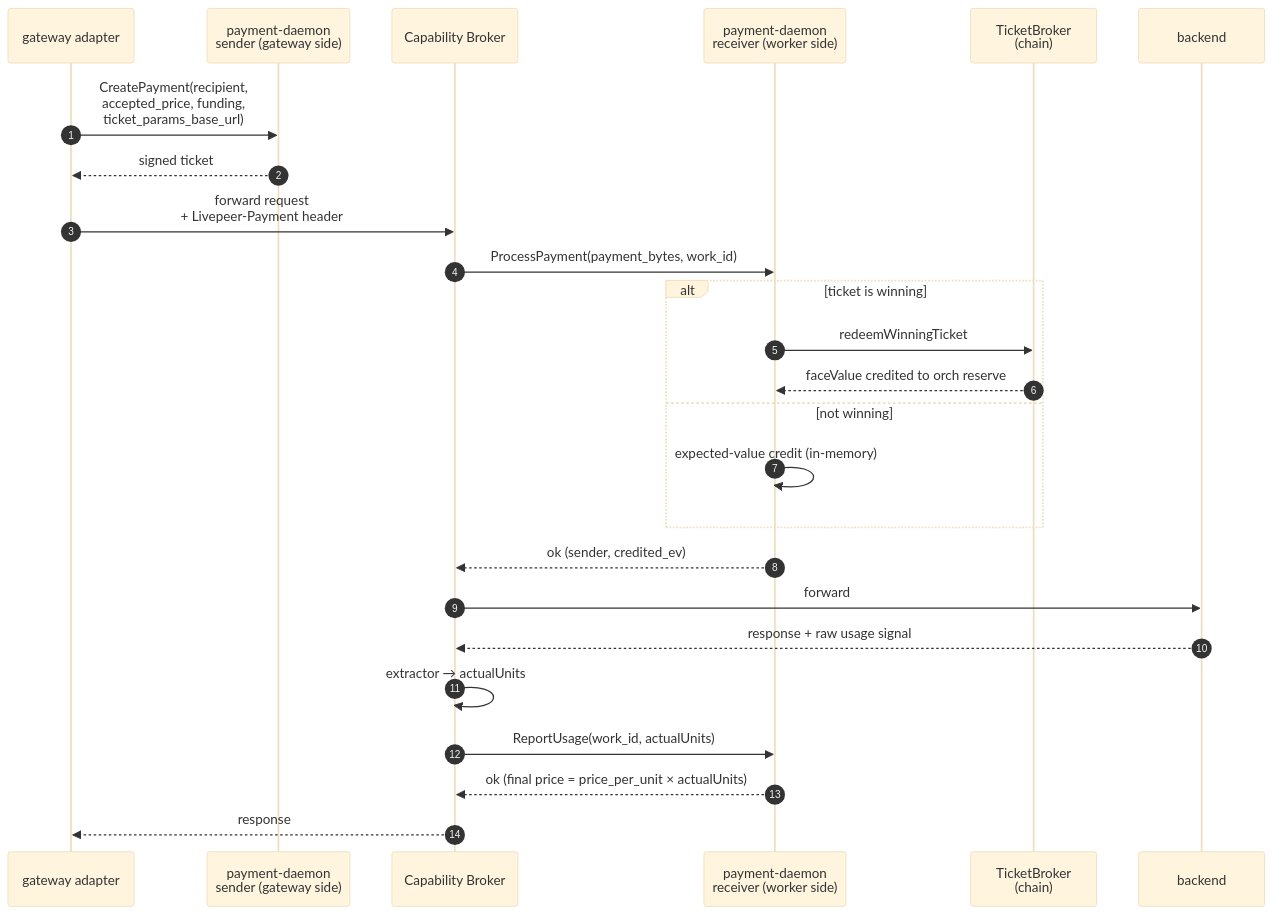
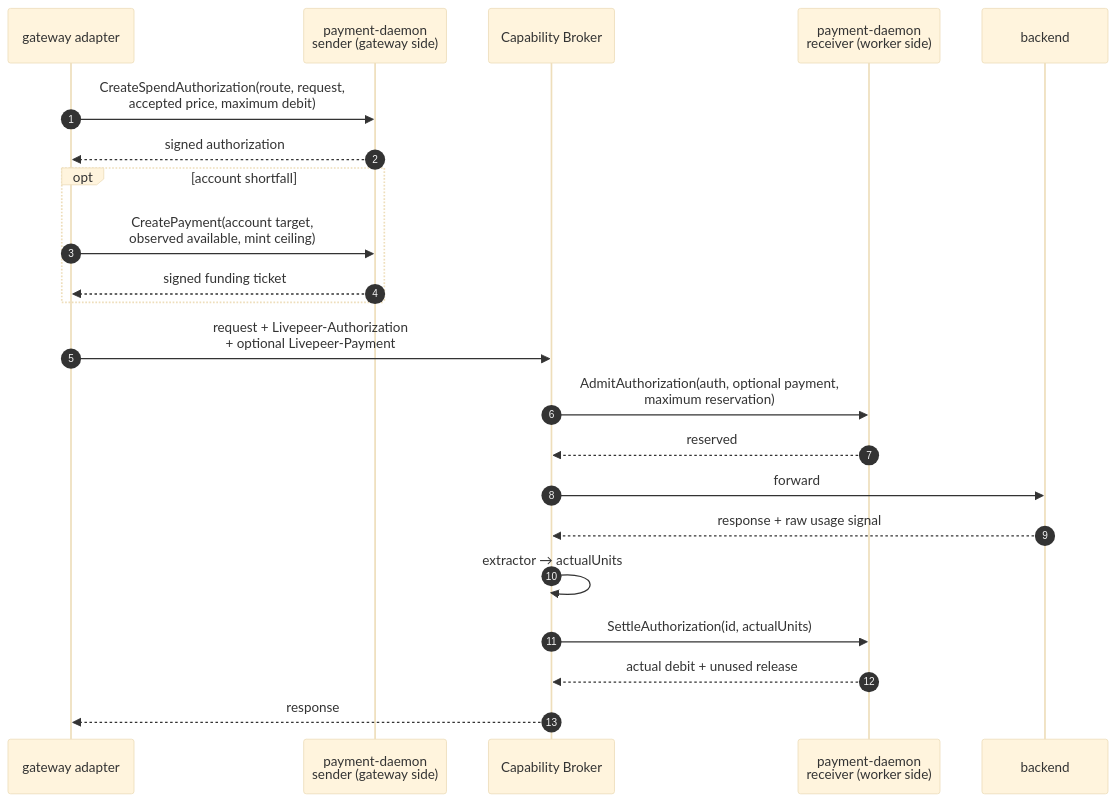
One commit to Cloud-SPE/livepeer-network-modules changed the sixth of 9 diagrams in docs/design-docs/architecture-overview.md. Above: the diagram before and after it, drawn with Mermaid (base theme). The commit also changed other lines of this file and 113 other files, not shown here.

Commit message:
feat: require wholesale spend authorization for paid work

````diff
--- a/docs/design-docs/architecture-overview.md
+++ b/docs/design-docs/architecture-overview.md
@@ -778,29 +780,26 @@
 ```mermaid
 sequenceDiagram
     autonumber
     participant GW as gateway adapter
     participant Sender as payment-daemon<br/>sender (gateway side)
     participant Broker as Capability Broker
     participant Receiver as payment-daemon<br/>receiver (worker side)
-    participant TB as TicketBroker<br/>(chain)
     participant Backend as backend
 
-    GW->>Sender: CreatePayment(recipient,<br/>accepted_price, funding,<br/>ticket_params_base_url)
-    Sender-->>GW: signed ticket
-    GW->>Broker: forward request<br/>+ Livepeer-Payment header
-    Broker->>Receiver: ProcessPayment(payment_bytes, work_id)
-    alt ticket is winning
-        Receiver->>TB: redeemWinningTicket
-        TB-->>Receiver: faceValue credited to orch reserve
-    else not winning
-        Receiver->>Receiver: expected-value credit (in-memory)
+    GW->>Sender: CreateSpendAuthorization(route, request,<br/>accepted price, maximum debit)
+    Sender-->>GW: signed authorization
+    opt account shortfall
+        GW->>Sender: CreatePayment(account target,<br/>observed available, mint ceiling)
+        Sender-->>GW: signed funding ticket
     end
-    Receiver-->>Broker: ok (sender, credited_ev)
+    GW->>Broker: request + Livepeer-Authorization<br/>+ optional Livepeer-Payment
+    Broker->>Receiver: AdmitAuthorization(auth, optional payment,<br/>maximum reservation)
+    Receiver-->>Broker: reserved
 
     Broker->>Backend: forward
     Backend-->>Broker: response + raw usage signal
     Broker->>Broker: extractor → actualUnits
-    Broker->>Receiver: ReportUsage(work_id, actualUnits)
-    Receiver-->>Broker: ok (final price = price_per_unit × actualUnits)
+    Broker->>Receiver: SettleAuthorization(id, actualUnits)
+    Receiver-->>Broker: actual debit + unused release
     Broker-->>GW: response
 ```
````
